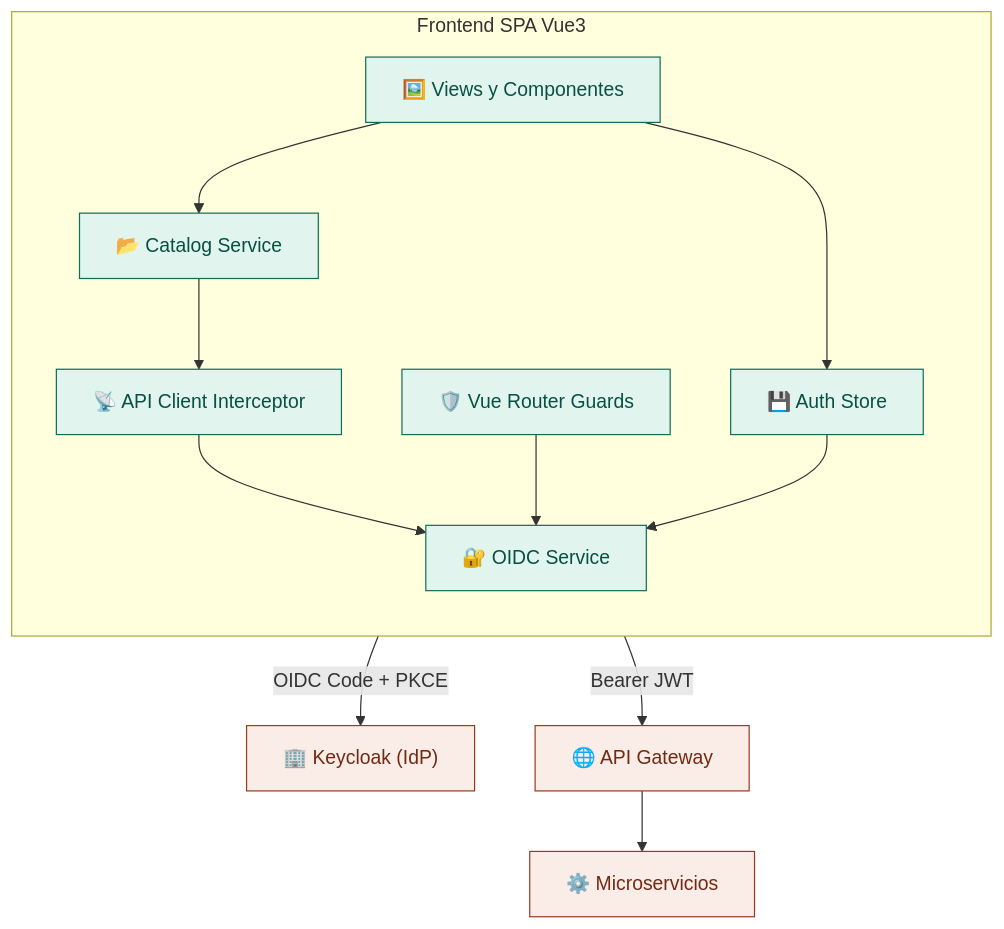
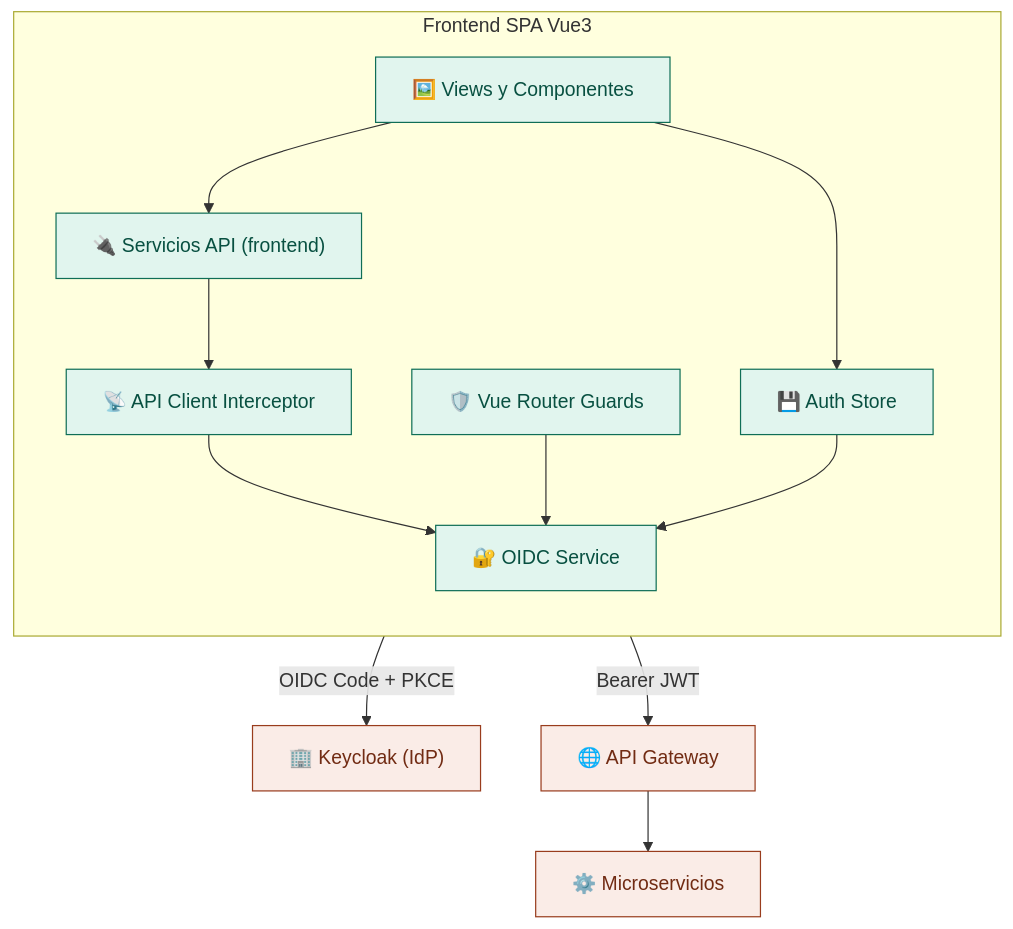
One commit to ldefrutos1/AI4Devs-finalproject changed the fourth of 19 diagrams in readme.md. Above: the diagram before and after it, drawn with Mermaid. The commit also changed other lines of this file and 5 other files, not shown here.

````diff
--- a/readme.md
+++ b/readme.md
@@ -401,36 +403,36 @@
 ```mermaid
 flowchart TB
     %% --- Estilos (Consistentes con la arquitectura anterior) ---
     classDef component fill:#E1F5EE,stroke:#0F6E56,stroke-width:1px,color:#085041;
     classDef external fill:#FAECE7,stroke:#993C1D,stroke-width:1px,color:#712B13;
     classDef subgraphStyle fill:#F9F9F9,stroke:#999,stroke-dasharray: 5 5;
 
     %% --- Subgraph Frontend ---
     subgraph SPA [Frontend SPA Vue3]
         direction TB
         Router["🛡️ Vue Router Guards"]:::component
         Views["🖼️ Views y Componentes"]:::component
         AuthStore["💾 Auth Store"]:::component
         Oidc["🔐 OIDC Service"]:::component
         Http["📡 API Client Interceptor"]:::component
-        CatalogSvc["📂 Catalog Service"]:::component
+        ApiSvc["🔌 Servicios API (frontend)"]:::component
 
         %% Relaciones internas
         Views --> AuthStore
-        Views --> CatalogSvc
-        CatalogSvc --> Http
+        Views --> ApiSvc
+        ApiSvc --> Http
         Http --> Oidc
         Router --> Oidc
         AuthStore --> Oidc
     end
 
     %% --- Componentes Externos ---
     IdP["🏢 Keycloak (IdP)"]:::external
     GW["🌐 API Gateway"]:::external
     Services["⚙️ Microservicios"]:::external
 
     %% --- Conexiones externas ---
     Oidc -->|OIDC Code + PKCE| IdP
     Http -->|Bearer JWT| GW
     GW --> Services
 ```
````
